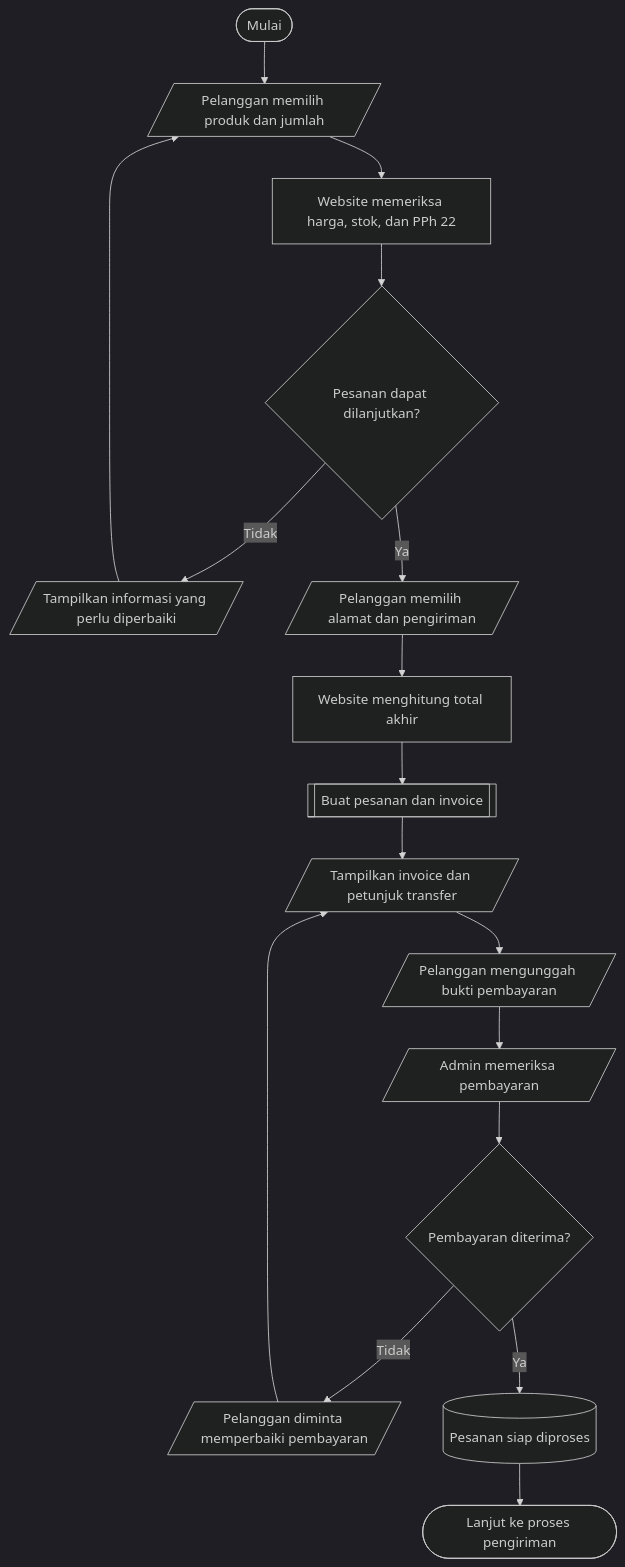
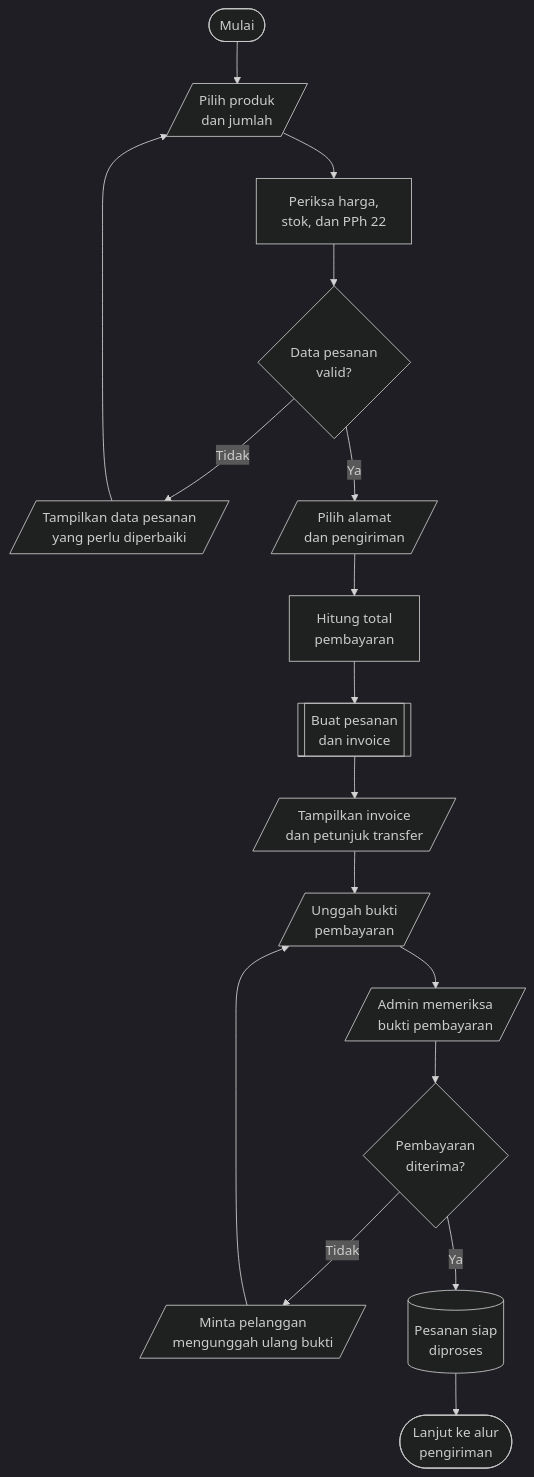
Before and after one commit to Webekspres/pixel-komunika: the second of 5 diagrams in docs/client/DOKUMEN_REVIEW_DAN_PERSETUJUAN_KLIEN.md, drawn with Mermaid (dark theme). The commit also changed other lines of this file, not shown here.

Commit message:
docs: prevent clipped labels in client diagrams

````diff
--- a/docs/client/DOKUMEN_REVIEW_DAN_PERSETUJUAN_KLIEN.md
+++ b/docs/client/DOKUMEN_REVIEW_DAN_PERSETUJUAN_KLIEN.md
@@ -136,19 +136,19 @@
 ```mermaid
 flowchart TD
-    A(["Mulai"]) --> B[/"Pelanggan memilih produk dan jumlah"/]
-    B --> C["Website memeriksa harga, stok, dan PPh 22"]
-    C --> D{"Pesanan dapat dilanjutkan?"}
-    D -->|Tidak| E[/"Tampilkan informasi yang perlu diperbaiki"/]
+    A(["Mulai"]) --> B[/"Pilih produk<br/>dan jumlah"/]
+    B --> C["Periksa harga,<br/>stok, dan PPh 22"]
+    C --> D{"Data pesanan<br/>valid?"}
+    D -->|Tidak| E[/"Tampilkan data pesanan<br/>yang perlu diperbaiki"/]
     E --> B
-    D -->|Ya| F[/"Pelanggan memilih alamat dan pengiriman"/]
-    F --> G["Website menghitung total akhir"]
-    G --> H[["Buat pesanan dan invoice"]]
-    H --> I[/"Tampilkan invoice dan petunjuk transfer"/]
-    I --> J[/"Pelanggan mengunggah bukti pembayaran"/]
-    J --> K[/"Admin memeriksa pembayaran"/]
-    K --> L{"Pembayaran diterima?"}
-    L -->|Tidak| M[/"Pelanggan diminta memperbaiki pembayaran"/]
-    M --> I
-    L -->|Ya| N[("Pesanan siap diproses")]
-    N --> O(["Lanjut ke proses pengiriman"])
+    D -->|Ya| F[/"Pilih alamat<br/>dan pengiriman"/]
+    F --> G["Hitung total<br/>pembayaran"]
+    G --> H[["Buat pesanan<br/>dan invoice"]]
+    H --> I[/"Tampilkan invoice<br/>dan petunjuk transfer"/]
+    I --> J[/"Unggah bukti<br/>pembayaran"/]
+    J --> K[/"Admin memeriksa<br/>bukti pembayaran"/]
+    K --> L{"Pembayaran<br/>diterima?"}
+    L -->|Tidak| M[/"Minta pelanggan<br/>mengunggah ulang bukti"/]
+    M --> J
+    L -->|Ya| N[("Pesanan siap<br/>diproses")]
+    N --> O(["Lanjut ke alur<br/>pengiriman"])
 ```
````
